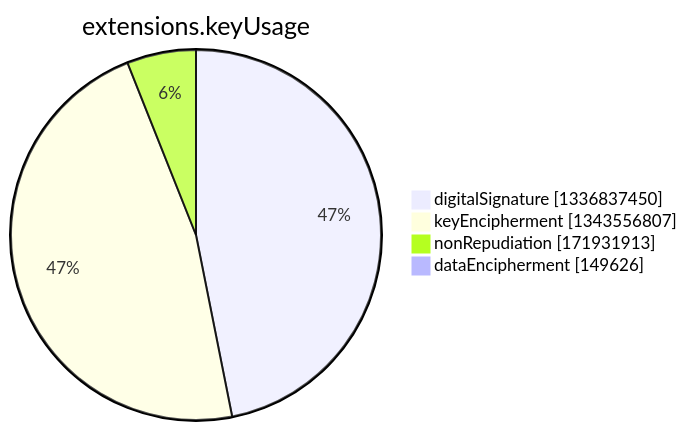
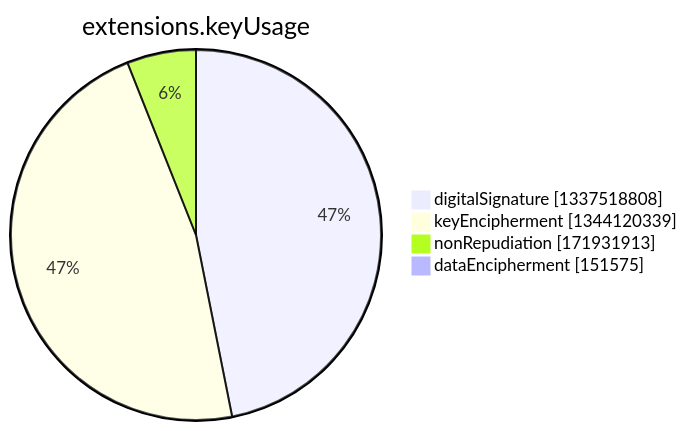
The seventh of 15 diagrams in argon2022/README.md (christiankrug/ctmonitor_visualization), drawn with Mermaid before and after one commit. The commit also changed other lines of this file, not shown here.

````diff
--- a/argon2022/README.md
+++ b/argon2022/README.md
@@ -2750,8 +2750,8 @@
 ```mermaid
 pie showData
 title extensions.keyUsage
-"digitalSignature" :1336837450
-"keyEncipherment" :1343556807
+"digitalSignature" :1337518808
+"keyEncipherment" :1344120339
 "nonRepudiation" :171931913
-"dataEncipherment" :149626
+"dataEncipherment" :151575
 ```
````
